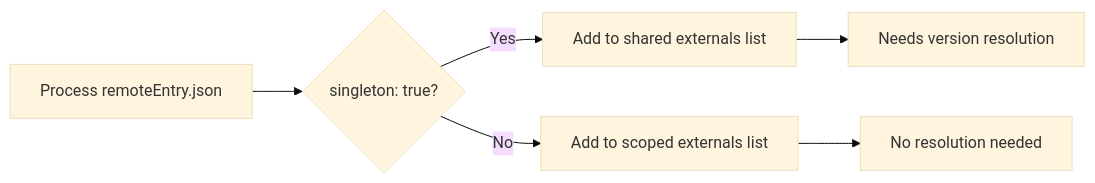
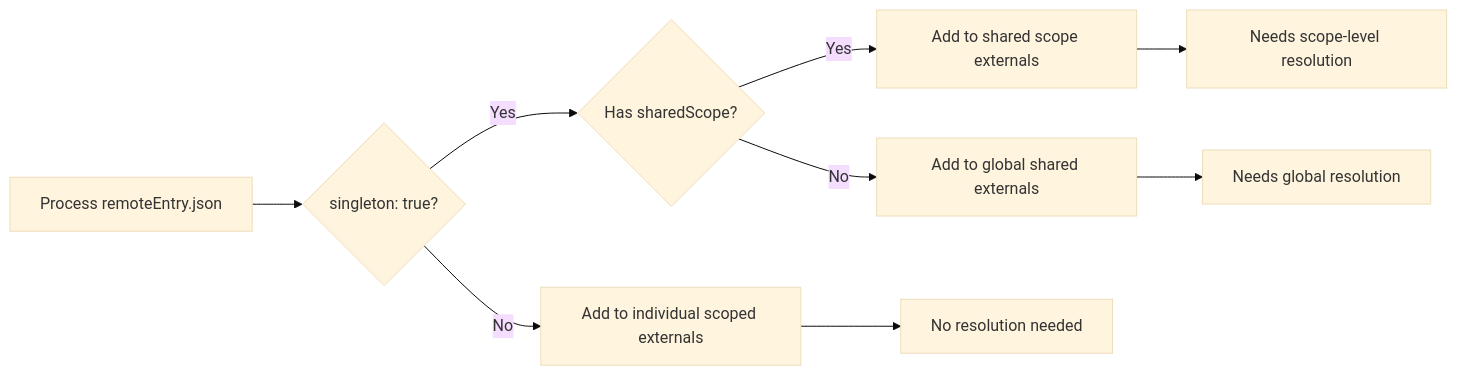
The first of 6 diagrams in docs/version-resolver.md (topicusonderwijs/vanilla-native-federation), drawn with Mermaid (base theme) before and after one commit. The commit also changed other lines of this file and 2 other files, not shown here.

````diff
--- a/docs/version-resolver.md
+++ b/docs/version-resolver.md
@@ -110,8 +163,11 @@
 ```mermaid
 flowchart LR
     A[Process remoteEntry.json] --> B{singleton: true?}
-    B -->|Yes| C[Add to shared externals list]
-    B -->|No| D[Add to scoped externals list]
-    C --> E[Needs version resolution]
-    D --> F[No resolution needed]
+    B -->|Yes| C{Has sharedScope?}
+    B -->|No| D[Add to individual scoped externals]
+    C -->|Yes| E[Add to shared scope externals]
+    C -->|No| F[Add to global shared externals]
+    E --> G[Needs scope-level resolution]
+    F --> H[Needs global resolution]
+    D --> I[No resolution needed]
 ```
````
